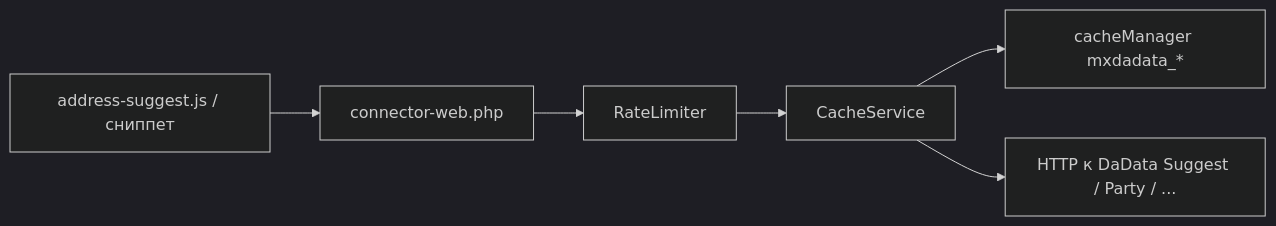
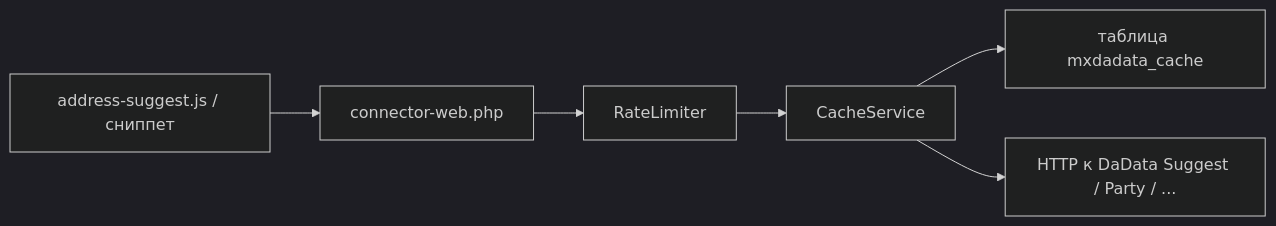
The first of 3 diagrams in docs/components/mxdadata/integration.md (modx-pro/Docs), drawn with Mermaid (dark theme) before and after one commit. The commit also changed other lines of this file and 6 other files, not shown here.

````diff
--- a/docs/components/mxdadata/integration.md
+++ b/docs/components/mxdadata/integration.md
@@ -13,8 +13,8 @@
 ```mermaid
 flowchart LR
   A[address-suggest.js / сниппет] --> B[connector-web.php]
   B --> C[RateLimiter]
   C --> D[CacheService]
-  D --> E[cacheManager mxdadata_*]
+  D --> E[таблица mxdadata_cache]
   D --> F[HTTP к DaData Suggest / Party / ...]
 ```
````
